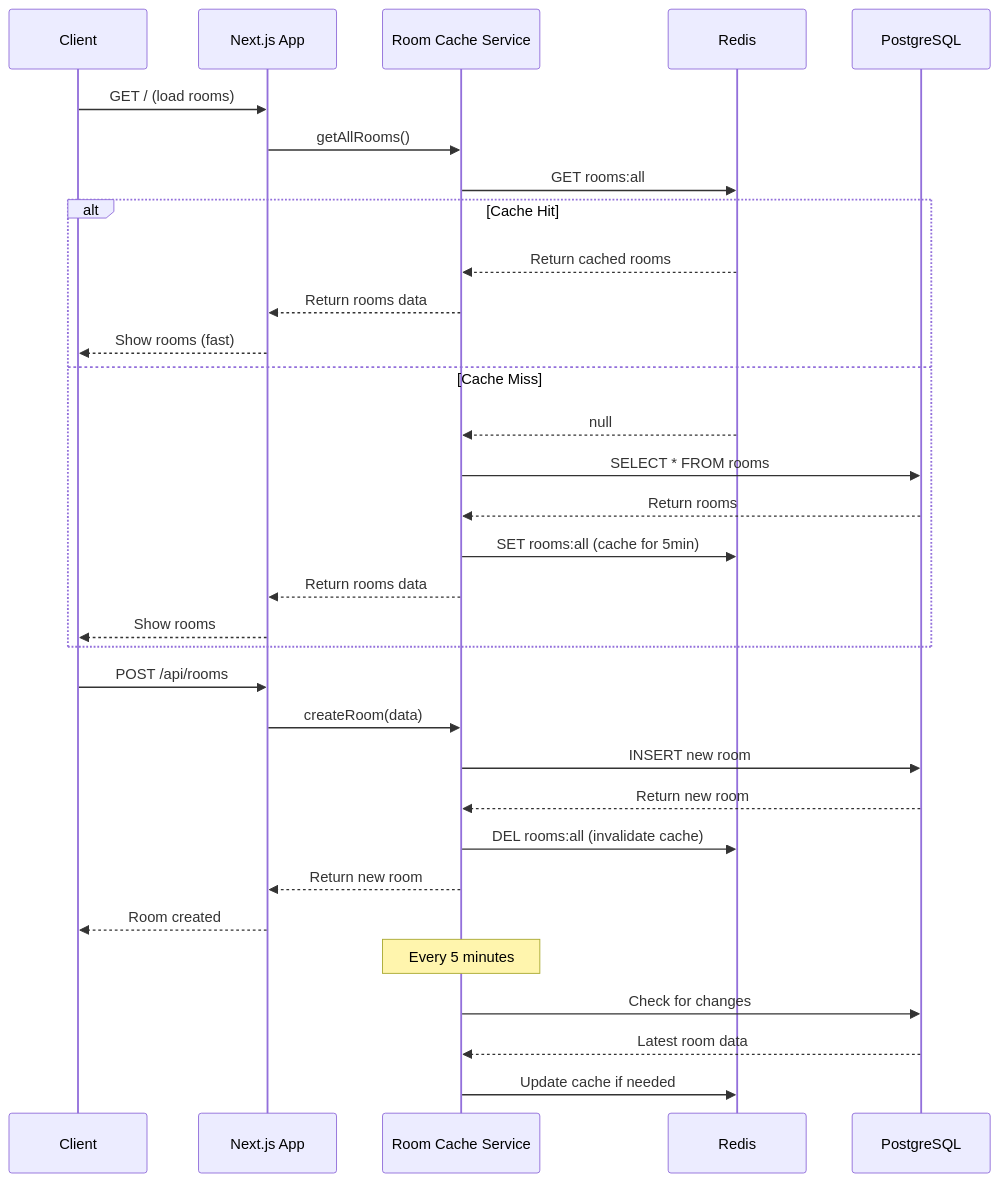
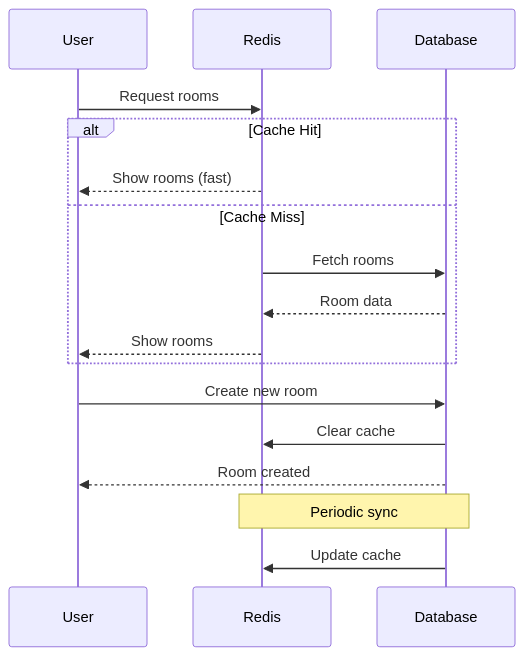
The diagram in docs/REDIS_ROOM.md (jtclarkjr/realtime-chat-react), drawn with Mermaid before and after one commit.

Commit message:
docs: update flow for room redis

````diff
--- a/docs/REDIS_ROOM.md
+++ b/docs/REDIS_ROOM.md
@@ -44,41 +44,26 @@
 ```mermaid
 sequenceDiagram
-    participant Client
-    participant App as Next.js App
-    participant Cache as Room Cache Service
+    participant User
     participant Redis
-    participant DB as PostgreSQL
+    participant Database
 
-    %% Get Rooms Flow
-    Client->>App: GET / (load rooms)
-    App->>Cache: getAllRooms()
-    Cache->>Redis: GET rooms:all
+    %% Load Rooms
+    User->>Redis: Request rooms
     
     alt Cache Hit
-        Redis-->>Cache: Return cached rooms
-        Cache-->>App: Return rooms data
-        App-->>Client: Show rooms (fast)
+        Redis-->>User: Show rooms (fast)
     else Cache Miss
-        Redis-->>Cache: null
-        Cache->>DB: SELECT * FROM rooms
-        DB-->>Cache: Return rooms
-        Cache->>Redis: SET rooms:all (cache for 5min)
-        Cache-->>App: Return rooms data
-        App-->>Client: Show rooms
+        Redis->>Database: Fetch rooms
+        Database-->>Redis: Room data
+        Redis-->>User: Show rooms
     end
 
-    %% Create Room Flow
-    Client->>App: POST /api/rooms
-    App->>Cache: createRoom(data)
-    Cache->>DB: INSERT new room
-    DB-->>Cache: Return new room
-    Cache->>Redis: DEL rooms:all (invalidate cache)
-    Cache-->>App: Return new room
-    App-->>Client: Room created
+    %% Create Room
+    User->>Database: Create new room
+    Database->>Redis: Clear cache
+    Database-->>User: Room created
 
-    %% Background Reconciliation
-    Note over Cache: Every 5 minutes
-    Cache->>DB: Check for changes
-    DB-->>Cache: Latest room data
-    Cache->>Redis: Update cache if needed
+    %% Background Sync
+    Note over Redis,Database: Periodic sync
+    Database->>Redis: Update cache
 ```
````
